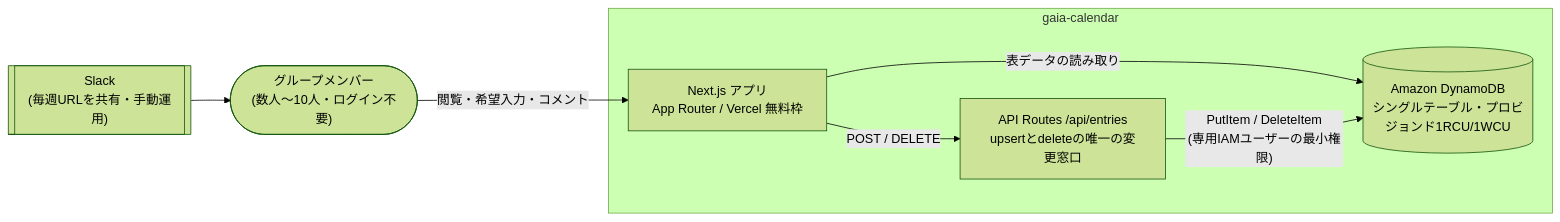
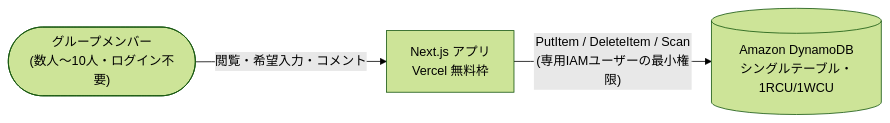
The diagram in README.md (hotarumarueng/gaia-calendar), drawn with Mermaid (forest theme) before and after one commit. The commit also changed other lines of this file and 1 other file, not shown here.

Commit message:
READMEをhtml-share参考に短縮し、詳細図はdocs/architecture.mdへ分離

````diff
--- a/README.md
+++ b/README.md
@@ -23,18 +24,9 @@
 ```mermaid
 flowchart LR
     member(["グループメンバー<br/>(数人〜10人・ログイン不要)"])
-    slack[["Slack<br/>(毎週URLを共有・手動運用)"]]
+    web["Next.js アプリ<br/>Vercel 無料枠"]
+    db[("Amazon DynamoDB<br/>シングルテーブル・1RCU/1WCU")]
 
-    subgraph gaia["gaia-calendar"]
-        web["Next.js アプリ<br/>App Router / Vercel 無料枠"]
-        api["API Routes /api/entries<br/>upsertとdeleteの唯一の変更窓口"]
-        db[("Amazon DynamoDB<br/>シングルテーブル・プロビジョンド1RCU/1WCU")]
-
-        web -->|"POST / DELETE"| api
-        web -->|"表データの読み取り"| db
-        api -->|"PutItem / DeleteItem<br/>(専用IAMユーザーの最小権限)"| db
-    end
-
-    slack --> member
     member -->|"閲覧・希望入力・コメント"| web
+    web -->|"PutItem / DeleteItem / Scan<br/>(専用IAMユーザーの最小権限)"| db
 ```
````
